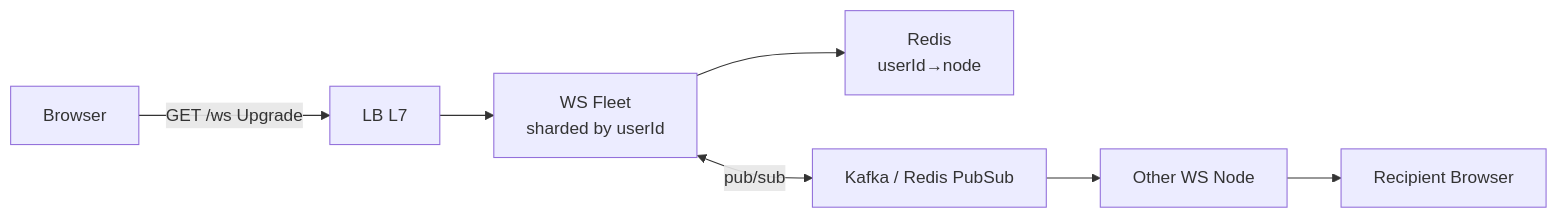
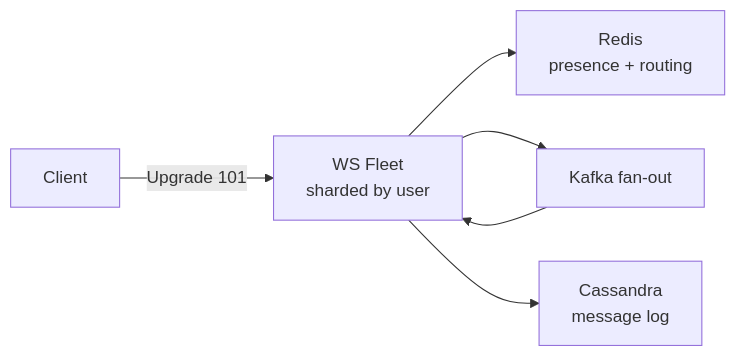
Before and after one commit to rakshitagarwal/champ-dsa: the diagram in content/system-design/websocket.md, drawn with Mermaid. The commit also changed other lines of this file and 100 other files, not shown here.

````diff
--- a/content/system-design/websocket.md
+++ b/content/system-design/websocket.md
@@ -24,9 +19,8 @@
 ```mermaid
 graph LR
-    A[Browser] -->|GET /ws Upgrade| B[LB L7]
-    B --> C[WS Fleet<br/>sharded by userId]
-    C --> D[Redis<br/>userId→node]
-    C <-->|pub/sub| E[Kafka / Redis PubSub]
-    E --> F[Other WS Node]
-    F --> G[Recipient Browser]
+    A[Client] -->|Upgrade 101| B[WS Fleet<br/>sharded by user]
+    B --> C[Redis<br/>presence + routing]
+    B --> D[Kafka fan-out]
+    D --> B
+    B --> E[Cassandra<br/>message log]
 ```
````
